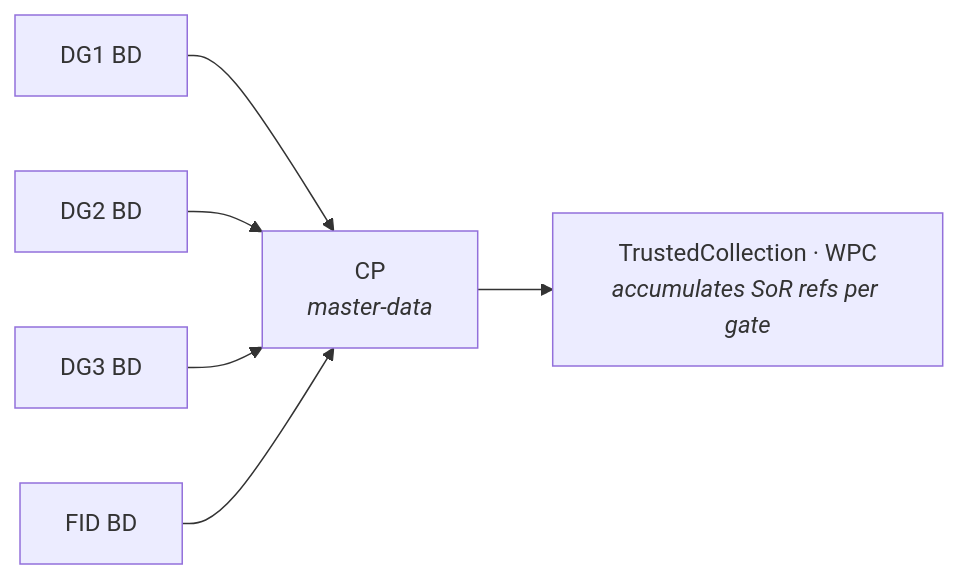
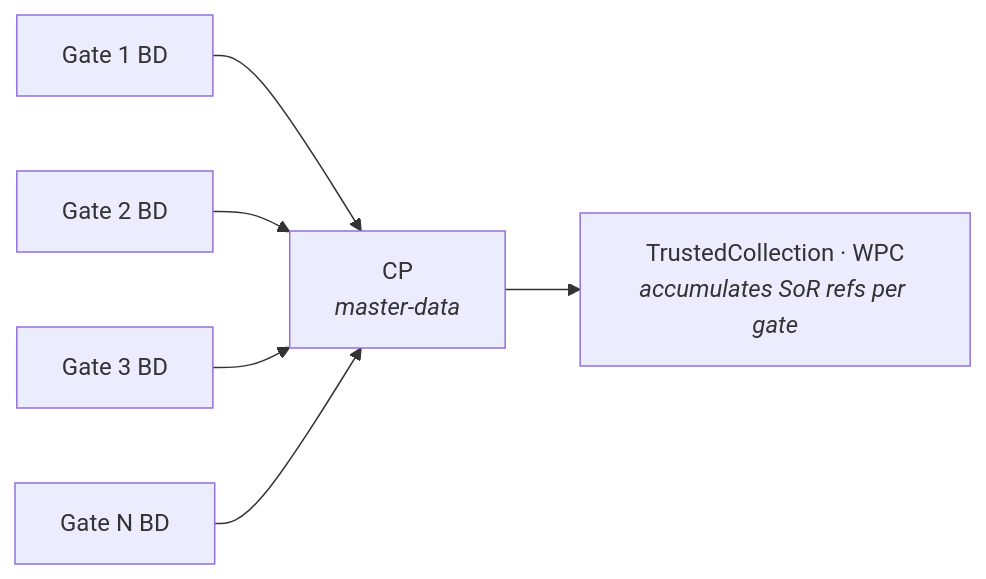
Before and after one commit to equinor/ores: the first of 3 diagrams in md/BusinessDecision.md, drawn with Mermaid. The commit also changed other lines of this file, not shown here.

````diff
--- a/md/BusinessDecision.md
+++ b/md/BusinessDecision.md
@@ -77,8 +89,8 @@
 ```mermaid
 graph LR
-  DG1["DG1 BD"] --> CP["CP<br/><i>master-data</i>"]
-  DG2["DG2 BD"] --> CP
-  DG3["DG3 BD"] --> CP
-  FID["FID BD"] --> CP
+  G1["Gate 1 BD"] --> CP["CP<br/><i>master-data</i>"]
+  G2["Gate 2 BD"] --> CP
+  G3["Gate 3 BD"] --> CP
+  GN["Gate N BD"] --> CP
   CP --> TC["TrustedCollection · WPC<br/><i>accumulates SoR refs per gate</i>"]
 ```
````
